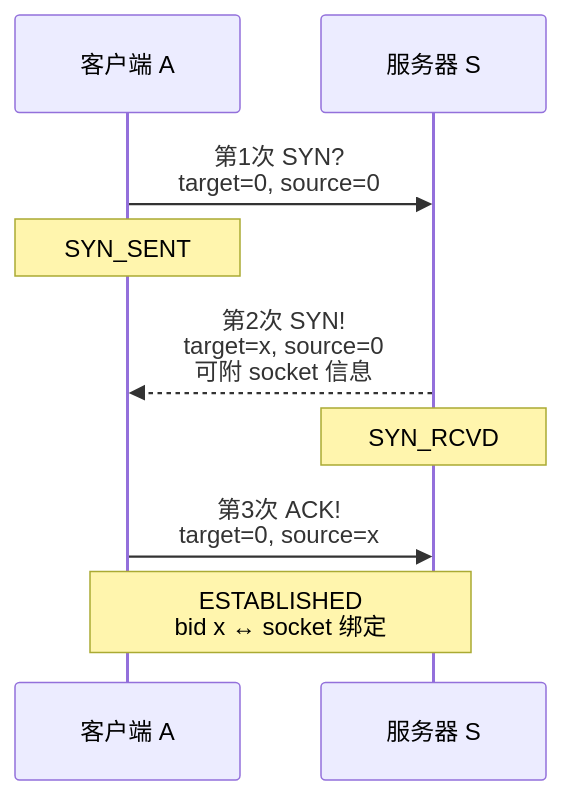
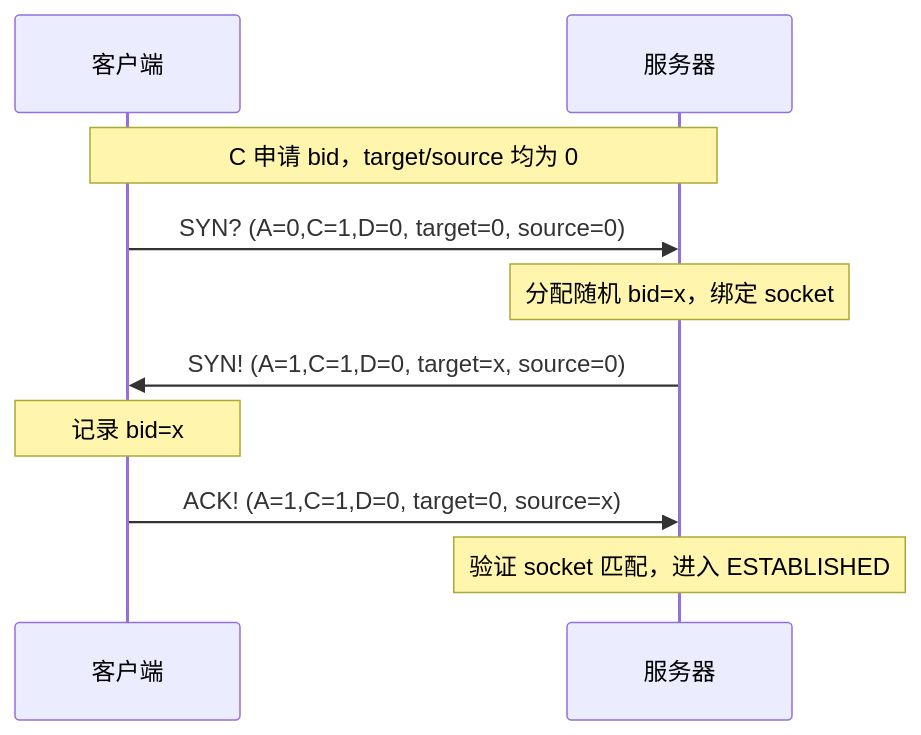
Before and after one commit to moky/magpie-bridge: the first of 4 diagrams in docs/design-workflow.zh-CN.md, drawn with Mermaid. The commit also changed other lines of this file and 9 other files, not shown here.

````diff
--- a/docs/design-workflow.zh-CN.md
+++ b/docs/design-workflow.zh-CN.md
@@ -39,11 +16,12 @@
 ```mermaid
 sequenceDiagram
-    participant A as 客户端 A
-    participant S as 服务器 S
-    A->>S: 第1次 SYN?<br/>target=0, source=0
-    Note over A: SYN_SENT
-    S-->>A: 第2次 SYN!<br/>target=x, source=0<br/>可附 socket 信息
-    Note over S: SYN_RCVD
-    A->>S: 第3次 ACK!<br/>target=0, source=x
-    Note over A,S: ESTABLISHED<br/>bid x ↔ socket 绑定
+    participant C as 客户端
+    participant S as 服务器
+    Note over C,S: C 申请 bid，target/source 均为 0
+    C->>S: SYN? (A=0,C=1,D=0, target=0, source=0)
+    Note over S: 分配随机 bid=x，绑定 socket
+    S->>C: SYN! (A=1,C=1,D=0, target=x, source=0)
+    Note over C: 记录 bid=x
+    C->>S: ACK! (A=1,C=1,D=0, target=0, source=x)
+    Note over S: 验证 socket 匹配，进入 ESTABLISHED
 ```
````
